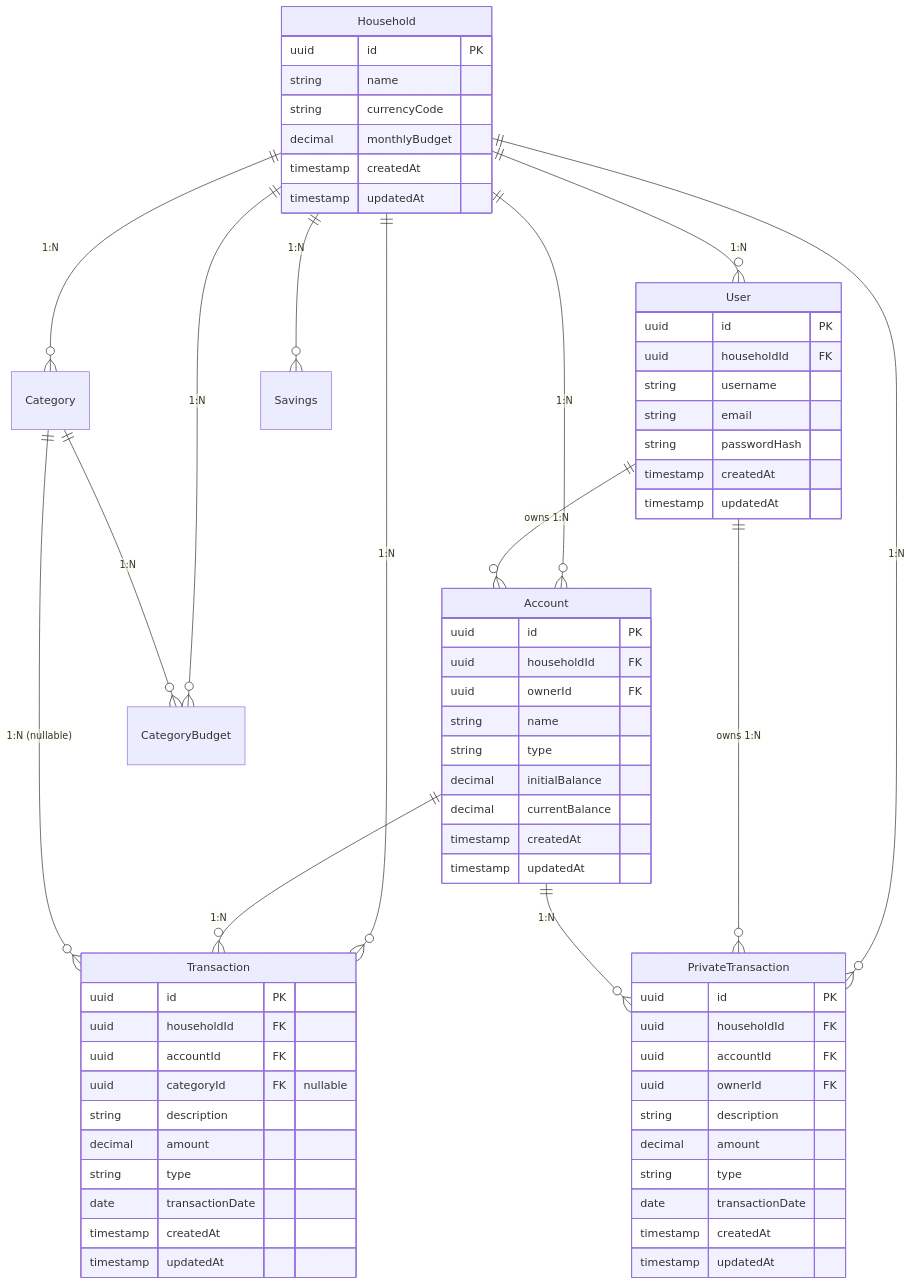
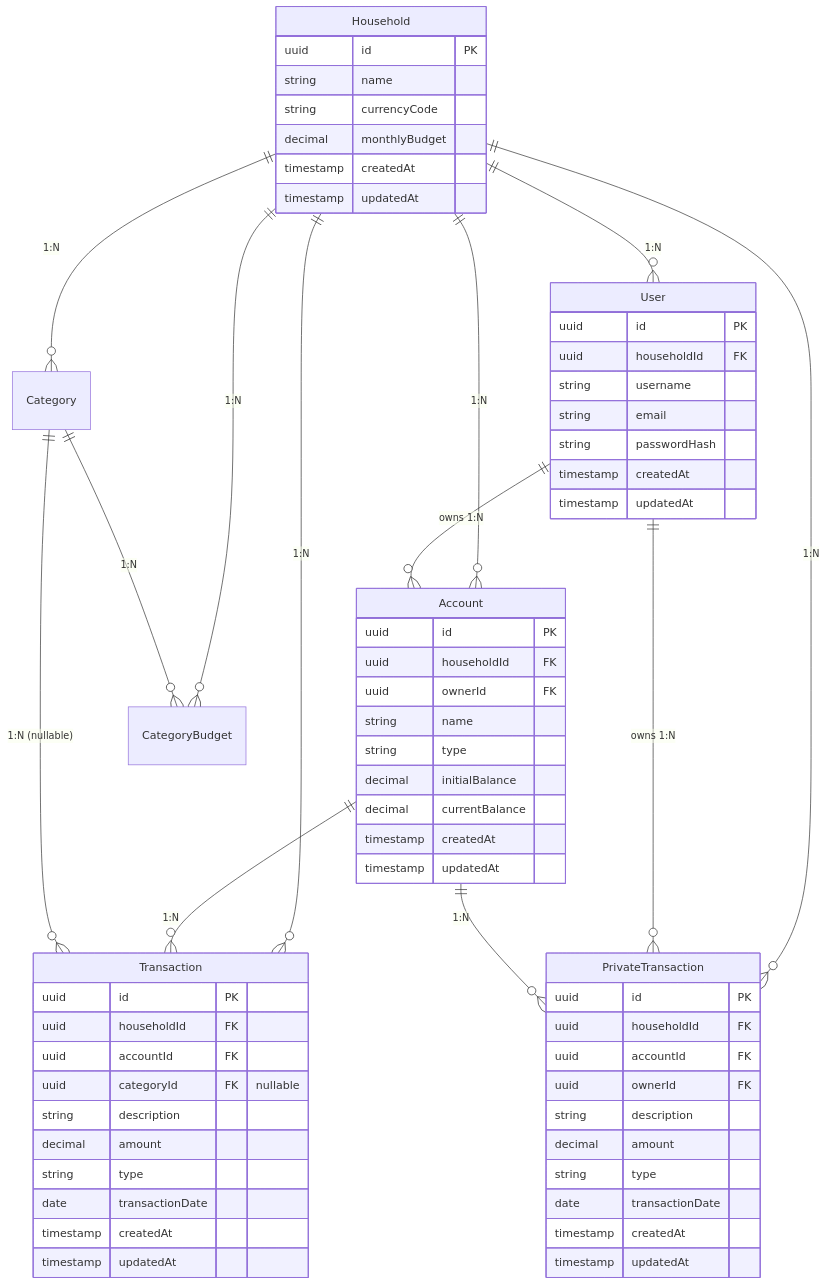
Before and after one commit to ostojics/nest-wise: the second of 2 diagrams in docs/architecture.md, drawn with Mermaid. The commit also changed other lines of this file and 31 other files, not shown here.

````diff
--- a/docs/architecture.md
+++ b/docs/architecture.md
@@ -111,76 +109,75 @@
 ```mermaid
 erDiagram
     Household ||--o{ User : "1:N"
     Household ||--o{ Account : "1:N"
     Household ||--o{ Category : "1:N"
     Household ||--o{ Transaction : "1:N"
     Household ||--o{ PrivateTransaction : "1:N"
-    Household ||--o{ Savings : "1:N"
     Household ||--o{ CategoryBudget : "1:N"
 
     User ||--o{ Account : "owns 1:N"
     User ||--o{ PrivateTransaction : "owns 1:N"
 
     Account ||--o{ Transaction : "1:N"
     Account ||--o{ PrivateTransaction : "1:N"
 
     Category ||--o{ Transaction : "1:N (nullable)"
     Category ||--o{ CategoryBudget : "1:N"
 
     Household {
         uuid id PK
         string name
         string currencyCode
         decimal monthlyBudget
         timestamp createdAt
         timestamp updatedAt
     }
 
     User {
         uuid id PK
         uuid householdId FK
         string username
         string email
         string passwordHash
         timestamp createdAt
         timestamp updatedAt
     }
 
     Account {
         uuid id PK
         uuid householdId FK
         uuid ownerId FK
         string name
         string type
         decimal initialBalance
         decimal currentBalance
         timestamp createdAt
         timestamp updatedAt
     }
 
     Transaction {
         uuid id PK
         uuid householdId FK
         uuid accountId FK
         uuid categoryId FK "nullable"
         string description
         decimal amount
         string type
         date transactionDate
         timestamp createdAt
         timestamp updatedAt
     }
 
     PrivateTransaction {
         uuid id PK
         uuid householdId FK
         uuid accountId FK
         uuid ownerId FK
         string description
         decimal amount
         string type
         date transactionDate
         timestamp createdAt
         timestamp updatedAt
     }
 ```
````
